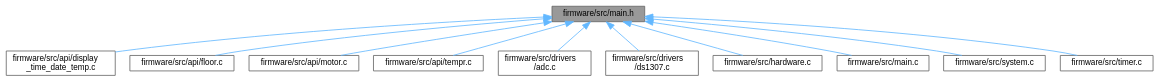
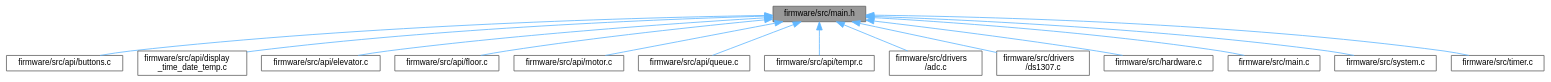
One commit to Ghaadyy/elevator-controller changed the diagram in dev/main_8h__dep__incl.dot. Above: the diagram before and after it, drawn with Graphviz. The commit also changed 228 other files, not shown here.

```diff
--- a/dev/main_8h__dep__incl.dot
+++ b/dev/main_8h__dep__incl.dot
@@ -1,28 +1,34 @@
 digraph "firmware/src/main.h"
 {
  // LATEX_PDF_SIZE
   bgcolor="transparent";
   edge [fontname=Helvetica,fontsize=10,labelfontname=Helvetica,labelfontsize=10];
   node [fontname=Helvetica,fontsize=10,shape=box,height=0.2,width=0.4];
   Node1 [id="Node000001",label="firmware/src/main.h",height=0.2,width=0.4,color="gray40", fillcolor="grey60", style="filled", fontcolor="black",tooltip=" "];
   Node1 -> Node2 [id="edge1_Node000001_Node000002",dir="back",color="steelblue1",style="solid",tooltip=" "];
-  Node2 [id="Node000002",label="firmware/src/api/display\l_time_date_temp.c",height=0.2,width=0.4,color="grey40", fillcolor="white", style="filled",URL="$display__time__date__temp_8c.html",tooltip=" "];
+  Node2 [id="Node000002",label="firmware/src/api/buttons.c",height=0.2,width=0.4,color="grey40", fillcolor="white", style="filled",URL="$buttons_8c.html",tooltip=" "];
   Node1 -> Node3 [id="edge2_Node000001_Node000003",dir="back",color="steelblue1",style="solid",tooltip=" "];
-  Node3 [id="Node000003",label="firmware/src/api/floor.c",height=0.2,width=0.4,color="grey40", fillcolor="white", style="filled",URL="$floor_8c.html",tooltip="Implementation of the floor monitor API."];
+  Node3 [id="Node000003",label="firmware/src/api/display\l_time_date_temp.c",height=0.2,width=0.4,color="grey40", fillcolor="white", style="filled",URL="$display__time__date__temp_8c.html",tooltip=" "];
   Node1 -> Node4 [id="edge3_Node000001_Node000004",dir="back",color="steelblue1",style="solid",tooltip=" "];
-  Node4 [id="Node000004",label="firmware/src/api/motor.c",height=0.2,width=0.4,color="grey40", fillcolor="white", style="filled",URL="$motor_8c.html",tooltip=" "];
+  Node4 [id="Node000004",label="firmware/src/api/elevator.c",height=0.2,width=0.4,color="grey40", fillcolor="white", style="filled",URL="$elevator_8c.html",tooltip="The scheduler for the elevator."];
   Node1 -> Node5 [id="edge4_Node000001_Node000005",dir="back",color="steelblue1",style="solid",tooltip=" "];
-  Node5 [id="Node000005",label="firmware/src/api/tempr.c",height=0.2,width=0.4,color="grey40", fillcolor="white", style="filled",URL="$tempr_8c.html",tooltip=" "];
+  Node5 [id="Node000005",label="firmware/src/api/floor.c",height=0.2,width=0.4,color="grey40", fillcolor="white", style="filled",URL="$floor_8c.html",tooltip="Implementation of the floor monitor API."];
   Node1 -> Node6 [id="edge5_Node000001_Node000006",dir="back",color="steelblue1",style="solid",tooltip=" "];
-  Node6 [id="Node000006",label="firmware/src/drivers\l/adc.c",height=0.2,width=0.4,color="grey40", fillcolor="white", style="filled",URL="$adc_8c.html",tooltip=" "];
+  Node6 [id="Node000006",label="firmware/src/api/motor.c",height=0.2,width=0.4,color="grey40", fillcolor="white", style="filled",URL="$motor_8c.html",tooltip=" "];
   Node1 -> Node7 [id="edge6_Node000001_Node000007",dir="back",color="steelblue1",style="solid",tooltip=" "];
-  Node7 [id="Node000007",label="firmware/src/drivers\l/ds1307.c",height=0.2,width=0.4,color="grey40", fillcolor="white", style="filled",URL="$ds1307_8c.html",tooltip=" "];
+  Node7 [id="Node000007",label="firmware/src/api/queue.c",height=0.2,width=0.4,color="grey40", fillcolor="white", style="filled",URL="$queue_8c.html",tooltip=" "];
   Node1 -> Node8 [id="edge7_Node000001_Node000008",dir="back",color="steelblue1",style="solid",tooltip=" "];
-  Node8 [id="Node000008",label="firmware/src/hardware.c",height=0.2,width=0.4,color="grey40", fillcolor="white", style="filled",URL="$hardware_8c.html",tooltip=" "];
+  Node8 [id="Node000008",label="firmware/src/api/tempr.c",height=0.2,width=0.4,color="grey40", fillcolor="white", style="filled",URL="$tempr_8c.html",tooltip=" "];
   Node1 -> Node9 [id="edge8_Node000001_Node000009",dir="back",color="steelblue1",style="solid",tooltip=" "];
-  Node9 [id="Node000009",label="firmware/src/main.c",height=0.2,width=0.4,color="grey40", fillcolor="white", style="filled",URL="$main_8c.html",tooltip=" "];
+  Node9 [id="Node000009",label="firmware/src/drivers\l/adc.c",height=0.2,width=0.4,color="grey40", fillcolor="white", style="filled",URL="$adc_8c.html",tooltip=" "];
   Node1 -> Node10 [id="edge9_Node000001_Node000010",dir="back",color="steelblue1",style="solid",tooltip=" "];
-  Node10 [id="Node000010",label="firmware/src/system.c",height=0.2,width=0.4,color="grey40", fillcolor="white", style="filled",URL="$system_8c.html",tooltip=" "];
+  Node10 [id="Node000010",label="firmware/src/drivers\l/ds1307.c",height=0.2,width=0.4,color="grey40", fillcolor="white", style="filled",URL="$ds1307_8c.html",tooltip=" "];
   Node1 -> Node11 [id="edge10_Node000001_Node000011",dir="back",color="steelblue1",style="solid",tooltip=" "];
-  Node11 [id="Node000011",label="firmware/src/timer.c",height=0.2,width=0.4,color="grey40", fillcolor="white", style="filled",URL="$timer_8c.html",tooltip=" "];
+  Node11 [id="Node000011",label="firmware/src/hardware.c",height=0.2,width=0.4,color="grey40", fillcolor="white", style="filled",URL="$hardware_8c.html",tooltip=" "];
+  Node1 -> Node12 [id="edge11_Node000001_Node000012",dir="back",color="steelblue1",style="solid",tooltip=" "];
+  Node12 [id="Node000012",label="firmware/src/main.c",height=0.2,width=0.4,color="grey40", fillcolor="white", style="filled",URL="$main_8c.html",tooltip=" "];
+  Node1 -> Node13 [id="edge12_Node000001_Node000013",dir="back",color="steelblue1",style="solid",tooltip=" "];
+  Node13 [id="Node000013",label="firmware/src/system.c",height=0.2,width=0.4,color="grey40", fillcolor="white", style="filled",URL="$system_8c.html",tooltip=" "];
+  Node1 -> Node14 [id="edge13_Node000001_Node000014",dir="back",color="steelblue1",style="solid",tooltip=" "];
+  Node14 [id="Node000014",label="firmware/src/timer.c",height=0.2,width=0.4,color="grey40", fillcolor="white", style="filled",URL="$timer_8c.html",tooltip=" "];
 }
```
